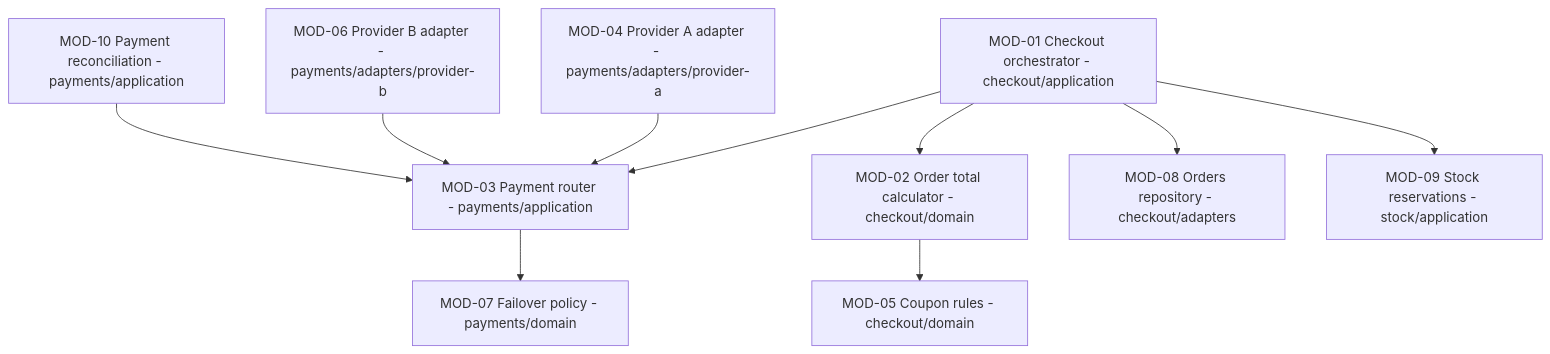
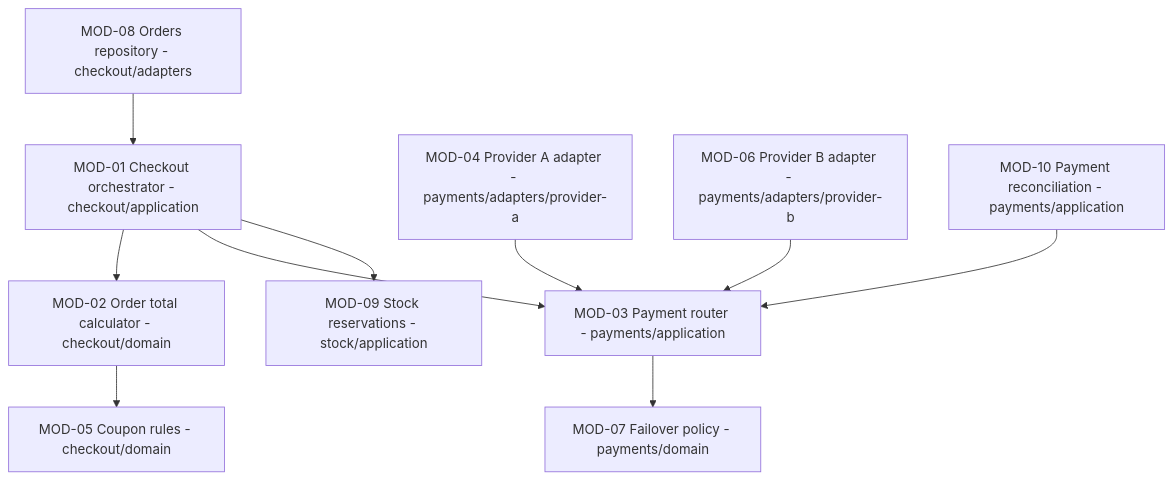
Before and after one commit to Taro000/req-to-design: the first of 2 diagrams in skills/high-level-design-to-detailed-design/references/report-template.md, drawn with Mermaid. The commit also changed other lines of this file and 29 other files, not shown here.

````diff
--- a/skills/high-level-design-to-detailed-design/references/report-template.md
+++ b/skills/high-level-design-to-detailed-design/references/report-template.md
@@ -140,12 +140,12 @@
 ```mermaid
 flowchart TD
   m01[MOD-01 Checkout orchestrator - checkout/application] --> m02[MOD-02 Order total calculator - checkout/domain]
   m01 --> m03[MOD-03 Payment router - payments/application]
-  m01 --> m08[MOD-08 Orders repository - checkout/adapters]
   m01 --> m09[MOD-09 Stock reservations - stock/application]
   m02 --> m05[MOD-05 Coupon rules - checkout/domain]
   m03 --> m07[MOD-07 Failover policy - payments/domain]
+  m08[MOD-08 Orders repository - checkout/adapters] --> m01
   m04[MOD-04 Provider A adapter - payments/adapters/provider-a] --> m03
   m06[MOD-06 Provider B adapter - payments/adapters/provider-b] --> m03
   m10[MOD-10 Payment reconciliation - payments/application] --> m03
 ```
````
